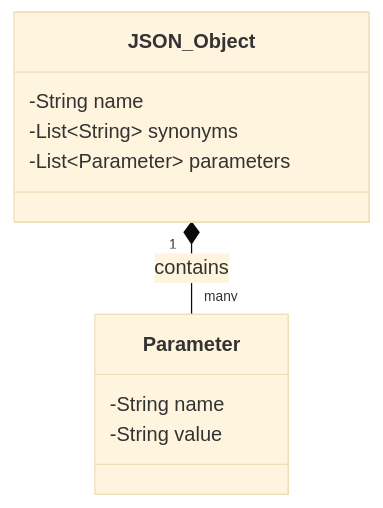
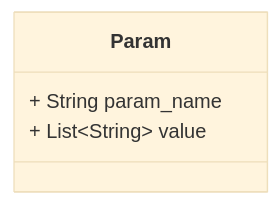
Before and after one commit to pechkaeltsin/market2ksr: the fourth of 8 diagrams in Архитектура.md, drawn with Mermaid (base theme). The commit also changed other lines of this file and 9 other files, not shown here.

````diff
--- a/Архитектура.md
+++ b/Архитектура.md
@@ -139,13 +160,7 @@
 ```mermaid
 classDiagram
-    class JSON_Object {
-        -String name
-        -List~String~ synonyms
-        -List~Parameter~ parameters
-    }
-    class Parameter {
-        -String name
-        -String value
-    }
-    JSON_Object "1" *-- "many" Parameter : contains
+class Param{
+            + String param_name
+            + List~String~ value
+        }
 ```
````
